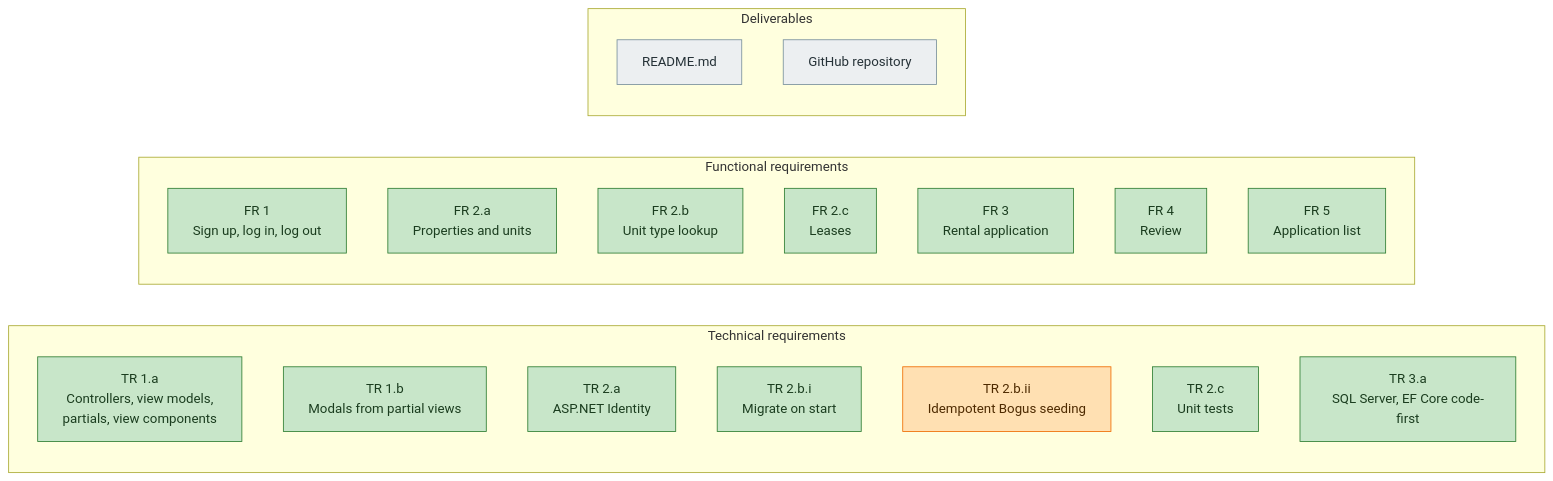
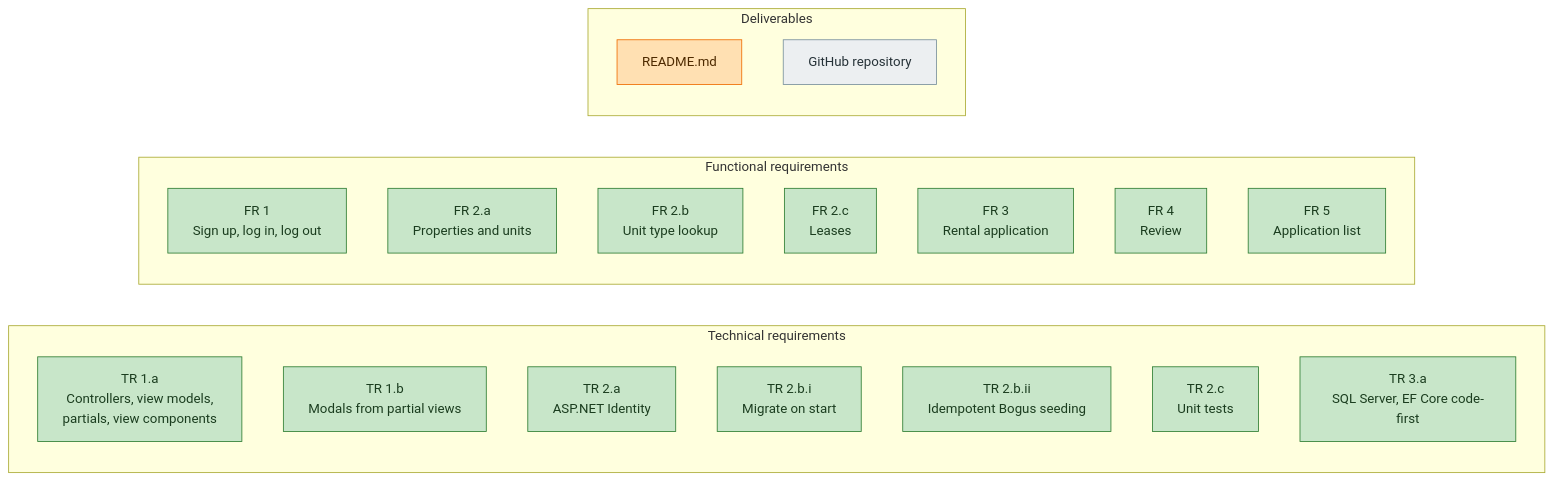
The first of 7 diagrams in docs/diagrams.md (breps83/troy-rentalportal), drawn with Mermaid before and after one commit. The commit also changed other lines of this file and 37 other files, not shown here.

````diff
--- a/docs/diagrams.md
+++ b/docs/diagrams.md
@@ -20,31 +20,31 @@
 ```mermaid
 flowchart LR
     classDef done fill:#c8e6c9,stroke:#2e7d32,color:#1b3d1f
     classDef partial fill:#ffe0b2,stroke:#ef6c00,color:#4e2a00
     classDef todo fill:#eceff1,stroke:#78909c,color:#263238
 
     subgraph TR["Technical requirements"]
         TR1a["TR 1.a<br/>Controllers, view models,<br/>partials, view components"]:::done
         TR1b["TR 1.b<br/>Modals from partial views"]:::done
         TR2a["TR 2.a<br/>ASP.NET Identity"]:::done
         TR2b1["TR 2.b.i<br/>Migrate on start"]:::done
-        TR2b2["TR 2.b.ii<br/>Idempotent Bogus seeding"]:::partial
+        TR2b2["TR 2.b.ii<br/>Idempotent Bogus seeding"]:::done
         TR2c["TR 2.c<br/>Unit tests"]:::done
         TR3["TR 3.a<br/>SQL Server, EF Core code-first"]:::done
     end
 
     subgraph FR["Functional requirements"]
         FR1["FR 1<br/>Sign up, log in, log out"]:::done
         FR2a["FR 2.a<br/>Properties and units"]:::done
         FR2b["FR 2.b<br/>Unit type lookup"]:::done
         FR2c["FR 2.c<br/>Leases"]:::done
         FR3["FR 3<br/>Rental application"]:::done
         FR4["FR 4<br/>Review"]:::done
         FR5["FR 5<br/>Application list"]:::done
     end
 
     subgraph DL["Deliverables"]
-        README["README.md"]:::todo
+        README["README.md"]:::partial
         GH["GitHub repository"]:::todo
     end
 ```
````
